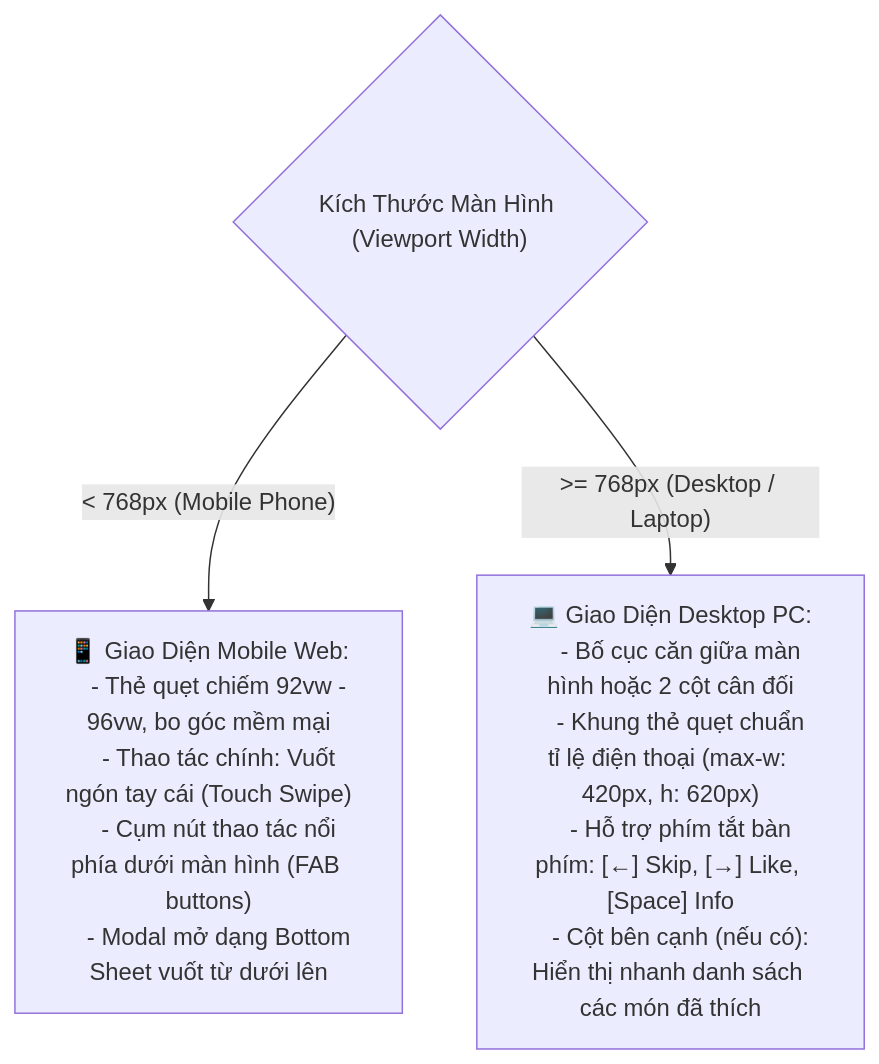
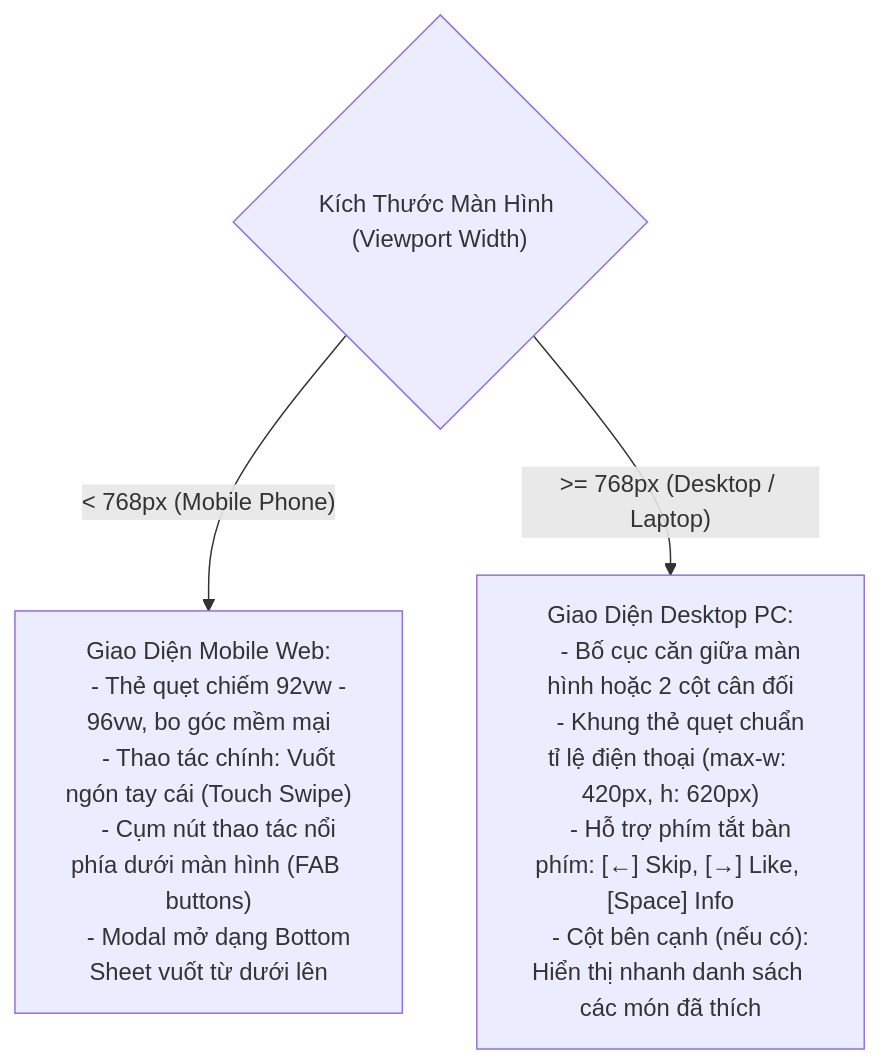
Before and after one commit to snowwminhduc1212/YumYumPick: the second of 3 diagrams in docs/02_SYSTEM_ARCHITECTURE_AND_DESIGN.md, drawn with Mermaid. The commit also changed other lines of this file and 11 other files, not shown here.

````diff
--- a/docs/02_SYSTEM_ARCHITECTURE_AND_DESIGN.md
+++ b/docs/02_SYSTEM_ARCHITECTURE_AND_DESIGN.md
@@ -104,16 +104,16 @@
 ```mermaid
 flowchart TD
     ScreenCheck{"Kích Thước Màn Hình (Viewport Width)"}
     
-    ScreenCheck -- "< 768px (Mobile Phone)" --> MobileLayout["📱 Giao Diện Mobile Web:
+    ScreenCheck -- "< 768px (Mobile Phone)" --> MobileLayout["Giao Diện Mobile Web:
     - Thẻ quẹt chiếm 92vw - 96vw, bo góc mềm mại
     - Thao tác chính: Vuốt ngón tay cái (Touch Swipe)
     - Cụm nút thao tác nổi phía dưới màn hình (FAB buttons)
     - Modal mở dạng Bottom Sheet vuốt từ dưới lên"]
     
-    ScreenCheck -- ">= 768px (Desktop / Laptop)" --> DesktopLayout["💻 Giao Diện Desktop PC:
+    ScreenCheck -- ">= 768px (Desktop / Laptop)" --> DesktopLayout["Giao Diện Desktop PC:
     - Bố cục căn giữa màn hình hoặc 2 cột cân đối
     - Khung thẻ quẹt chuẩn tỉ lệ điện thoại (max-w: 420px, h: 620px)
     - Hỗ trợ phím tắt bàn phím: [←] Skip, [→] Like, [Space] Info
     - Cột bên cạnh (nếu có): Hiển thị nhanh danh sách các món đã thích"]
 ```
````
